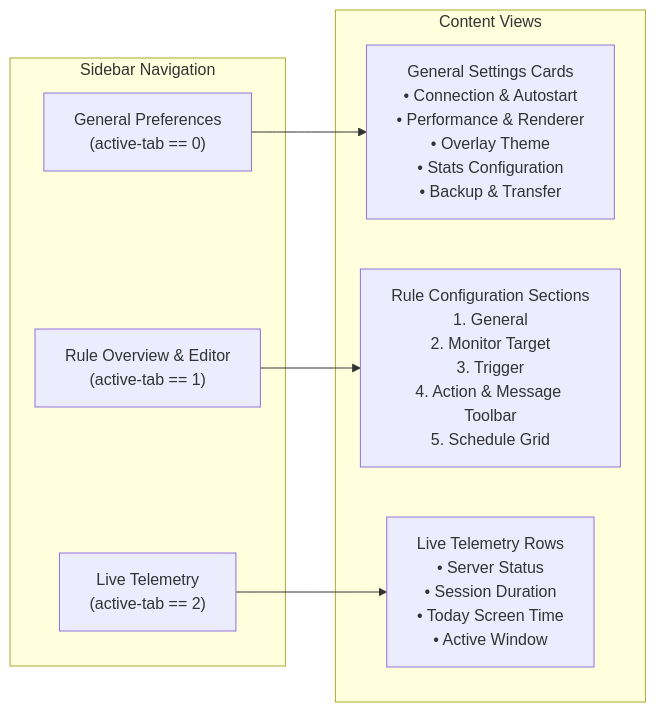
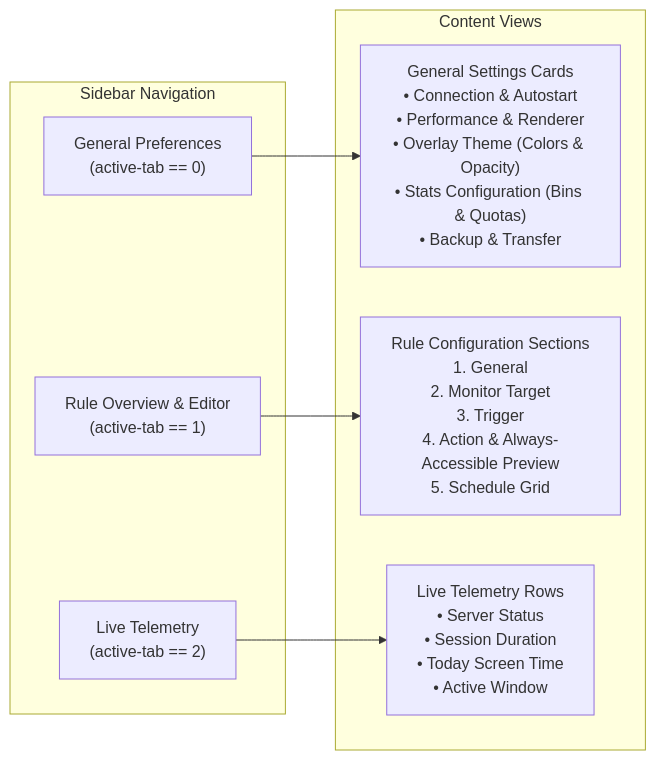
Before and after one commit to thesunking/aw-enforcer: the third of 3 diagrams in spec.md, drawn with Mermaid. The commit also changed other lines of this file and 7 other files, not shown here.

Commit message:
feat(ui,config): expose overlay colors and histogram bin settings in UI and make rule preview always accessible

````diff
--- a/spec.md
+++ b/spec.md
@@ -371,18 +372,18 @@
 ```mermaid
 graph LR
     subgraph Sidebar [Sidebar Navigation]
         NavGen["General Preferences\n(active-tab == 0)"]
         NavRules["Rule Overview & Editor\n(active-tab == 1)"]
         NavLive["Live Telemetry\n(active-tab == 2)"]
     end
 
     subgraph TabPanels [Content Views]
-        GenView["General Settings Cards\n• Connection & Autostart\n• Performance & Renderer\n• Overlay Theme\n• Stats Configuration\n• Backup & Transfer"]
-        RuleView["Rule Configuration Sections\n1. General\n2. Monitor Target\n3. Trigger\n4. Action & Message Toolbar\n5. Schedule Grid"]
+        GenView["General Settings Cards\n• Connection & Autostart\n• Performance & Renderer\n• Overlay Theme (Colors & Opacity)\n• Stats Configuration (Bins & Quotas)\n• Backup & Transfer"]
+        RuleView["Rule Configuration Sections\n1. General\n2. Monitor Target\n3. Trigger\n4. Action & Always-Accessible Preview\n5. Schedule Grid"]
         LiveView["Live Telemetry Rows\n• Server Status\n• Session Duration\n• Today Screen Time\n• Active Window"]
     end
 
     NavGen --> GenView
     NavRules --> RuleView
     NavLive --> LiveView
 ```
````
